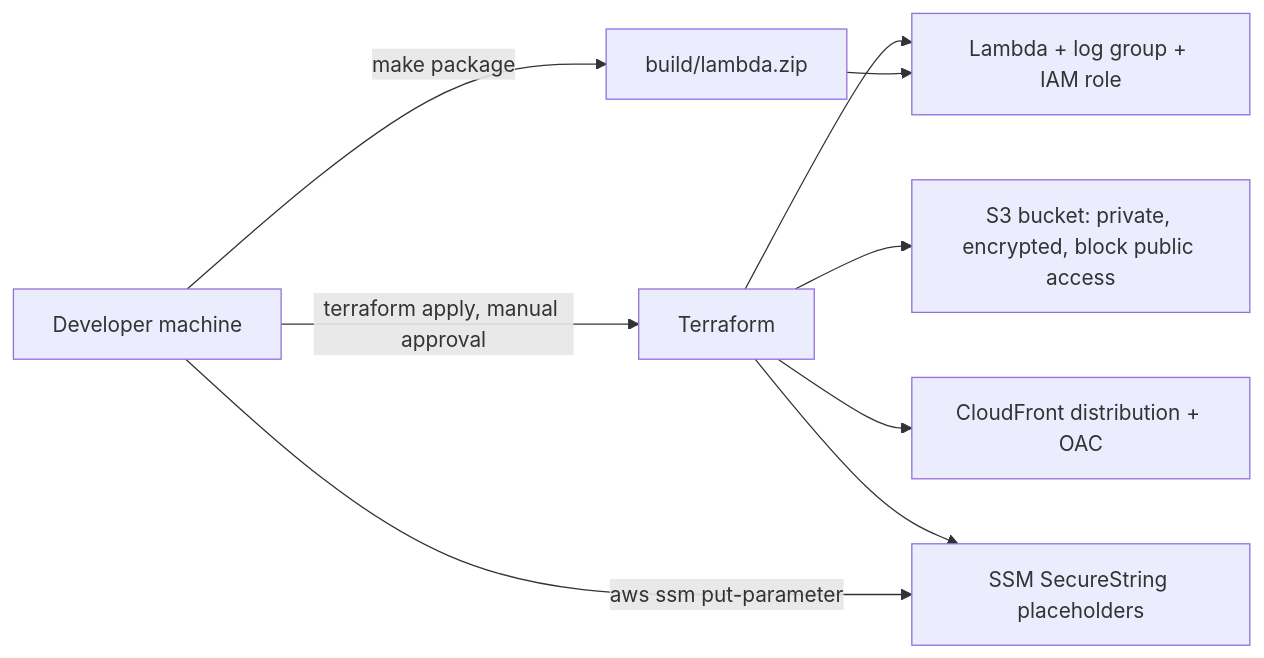
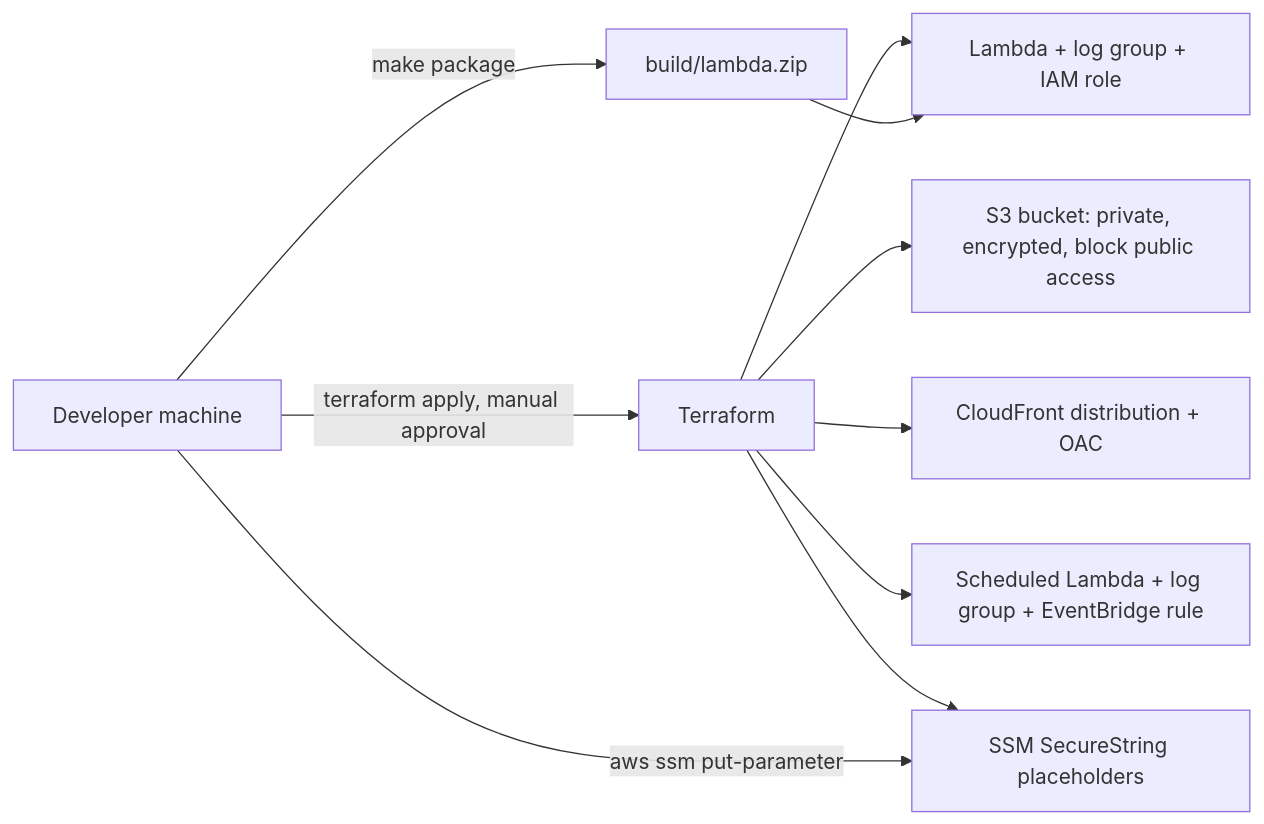
Before and after one commit to gratiosoft/learning-projects: the fifth of 5 diagrams in game-collection-tracker/docs/architecture.md, drawn with Mermaid. The commit also changed other lines of this file and 7 other files, not shown here.

````diff
--- a/game-collection-tracker/docs/architecture.md
+++ b/game-collection-tracker/docs/architecture.md
@@ -91,11 +116,12 @@
 ```mermaid
 flowchart LR
     dev[Developer machine] -->|make package| zip[build/lambda.zip]
     dev -->|terraform apply, manual approval| tf[Terraform]
     tf --> s3b[S3 bucket: private, encrypted, block public access]
     tf --> cfd[CloudFront distribution + OAC]
     tf --> fn[Lambda + log group + IAM role]
+    tf --> sf[Scheduled Lambda + log group + EventBridge rule]
     tf --> sp[SSM SecureString placeholders]
     dev -->|aws ssm put-parameter| sp
     zip --> fn
 ```
````
